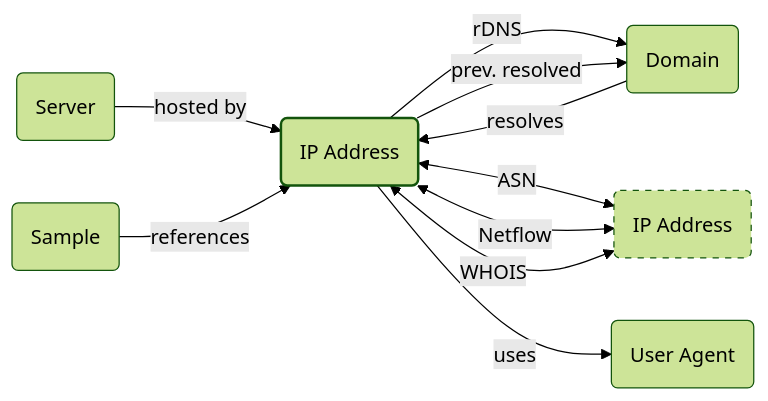
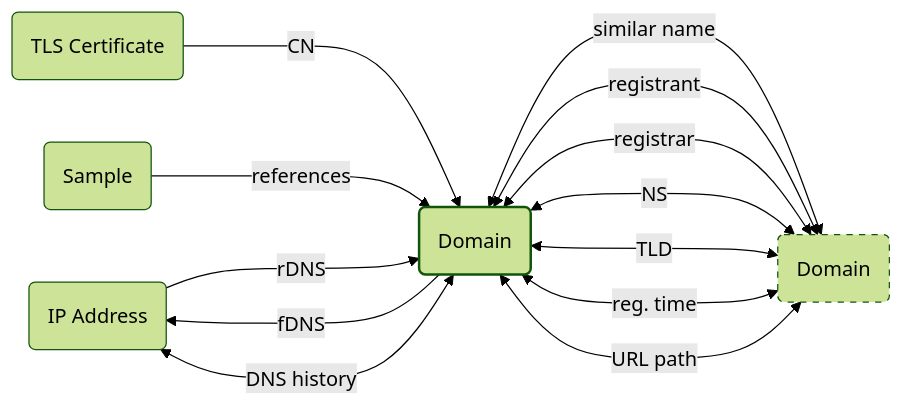
One commit to korniko98/pivot-atlas changed the diagram in docs/index.md. Above: the diagram before and after it, drawn with Mermaid (forest theme). The commit also changed 2 other files, not shown here.

````diff
--- a/docs/index.md
+++ b/docs/index.md
@@ -38,31 +38,32 @@
 	```mermaid
 	flowchart LR
 		classDef primary stroke-width: 2px
 		classDef secondary stroke-dasharray: 5 5
 		
 		%% define nodes
-		IP_ADDRESS(IP Address):::primary
-		IP_ADDRESS_(IP Address):::secondary
-		DOMAIN(Domain)
-		SERVER(Server)
+		IP_ADDRESS(IP Address)
+		DOMAIN(Domain):::primary
+		DOMAIN_(Domain):::secondary
+		TLS_CERT(TLS Certificate)
 		SAMPLE(Sample)
-		USER_AGENT(User Agent)
 		
 		%% define edges
-		DOMAIN -- resolves --> IP_ADDRESS
-		IP_ADDRESS -- rDNS --> DOMAIN
-		IP_ADDRESS -- prev. resolved --> DOMAIN
-		IP_ADDRESS <-- ASN --> IP_ADDRESS_
-		IP_ADDRESS -- uses --> USER_AGENT
-		IP_ADDRESS <-- Netflow --> IP_ADDRESS_
-		IP_ADDRESS <-- WHOIS --> IP_ADDRESS_
-		SERVER -- hosted by --> IP_ADDRESS
-		SAMPLE -- references --> IP_ADDRESS
+		DOMAIN -- fDNS --> IP_ADDRESS
+		IP_ADDRESS -- rDNS ---> DOMAIN
+		DOMAIN <-- DNS history --> IP_ADDRESS
+		TLS_CERT -- CN ---> DOMAIN
+		DOMAIN <-- similar name ---> DOMAIN_
+		DOMAIN <-- registrant ---> DOMAIN_
+		DOMAIN <-- registrar --> DOMAIN_
+		DOMAIN <-- NS --> DOMAIN_
+		DOMAIN <-- TLD --> DOMAIN_
+		DOMAIN <-- reg. time --> DOMAIN_
+		DOMAIN <-- URL path --> DOMAIN_
+		SAMPLE -- references ---> DOMAIN
 		
 		%% define links
+		click TLS_CERT "/artifacts/tls-certificate"
 		click IP_ADDRESS "/artifacts/ip-address"
 		click DOMAIN "/artifacts/domain"
-		click SERVER "/artifacts/server"
 		click SAMPLE "/artifacts/sample"
-		click USER_AGENT "/artifacts/user-agent"
 	```
````
